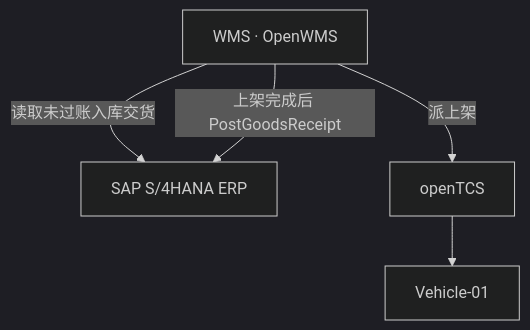
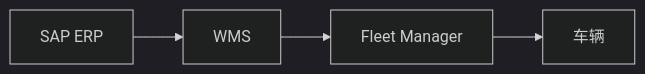
The diagram in docs/sap-erp-wms/README.md (j61398257-lab/copilot-clip-agent), drawn with Mermaid (dark theme) before and after one commit. The commit also changed other lines of this file and 23 other files, not shown here.

First line of the commit message:
调用链改成 SAP、WMS、Fleet Manager 串行

````diff
--- a/docs/sap-erp-wms/README.md
+++ b/docs/sap-erp-wms/README.md
@@ -9,10 +9,4 @@
 ```mermaid
-flowchart TB
-  SAP["SAP S/4HANA ERP"]
-  WMS["WMS · OpenWMS"]
-  TCS["openTCS"]
-  CAR["Vehicle-01"]
-  WMS -->|"读取未过账入库交货"| SAP
-  WMS -->|"上架完成后 PostGoodsReceipt"| SAP
-  WMS -->|"派上架"| TCS --> CAR
+flowchart LR
+  SAP["SAP ERP"] --> WMS["WMS"] --> FM["Fleet Manager"] --> CAR["车辆"]
 ```
````
